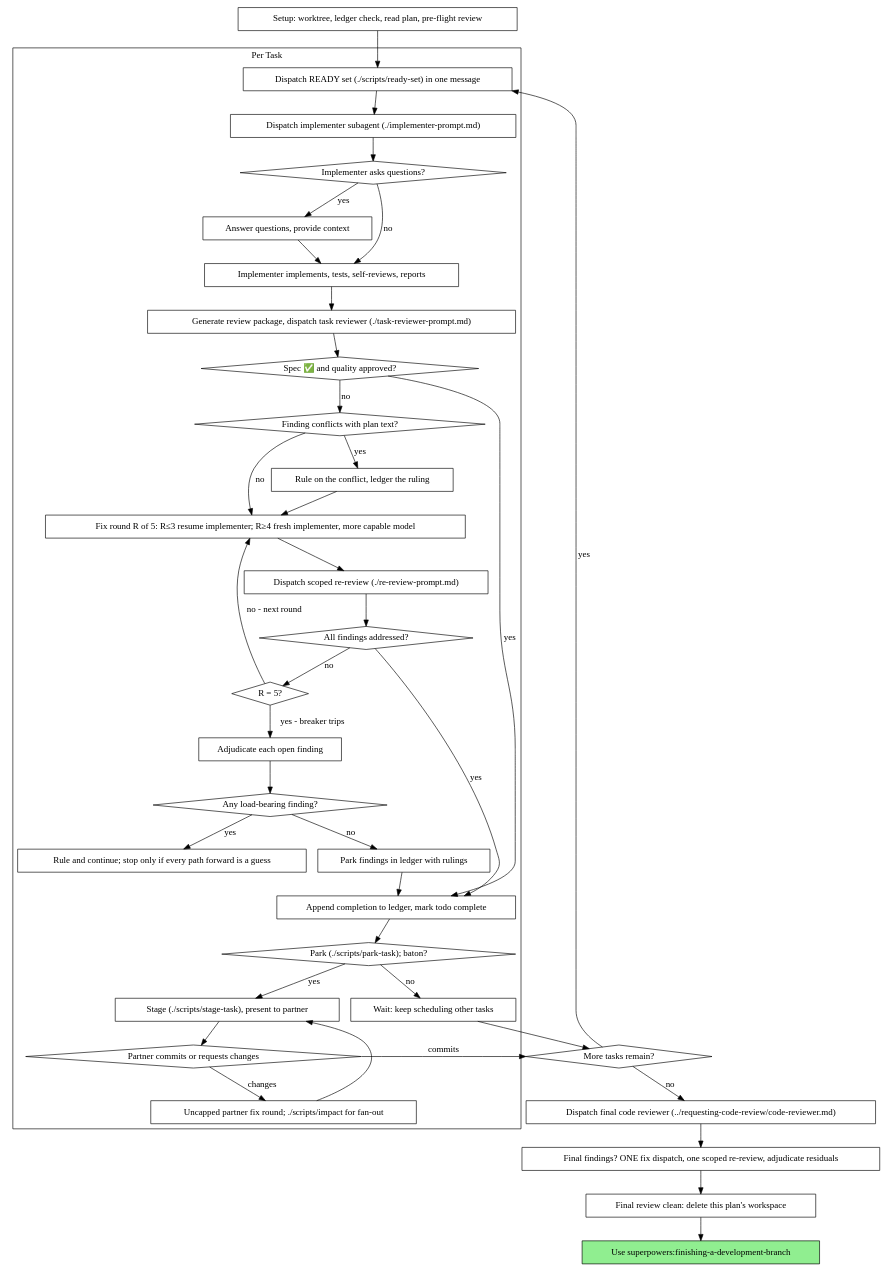
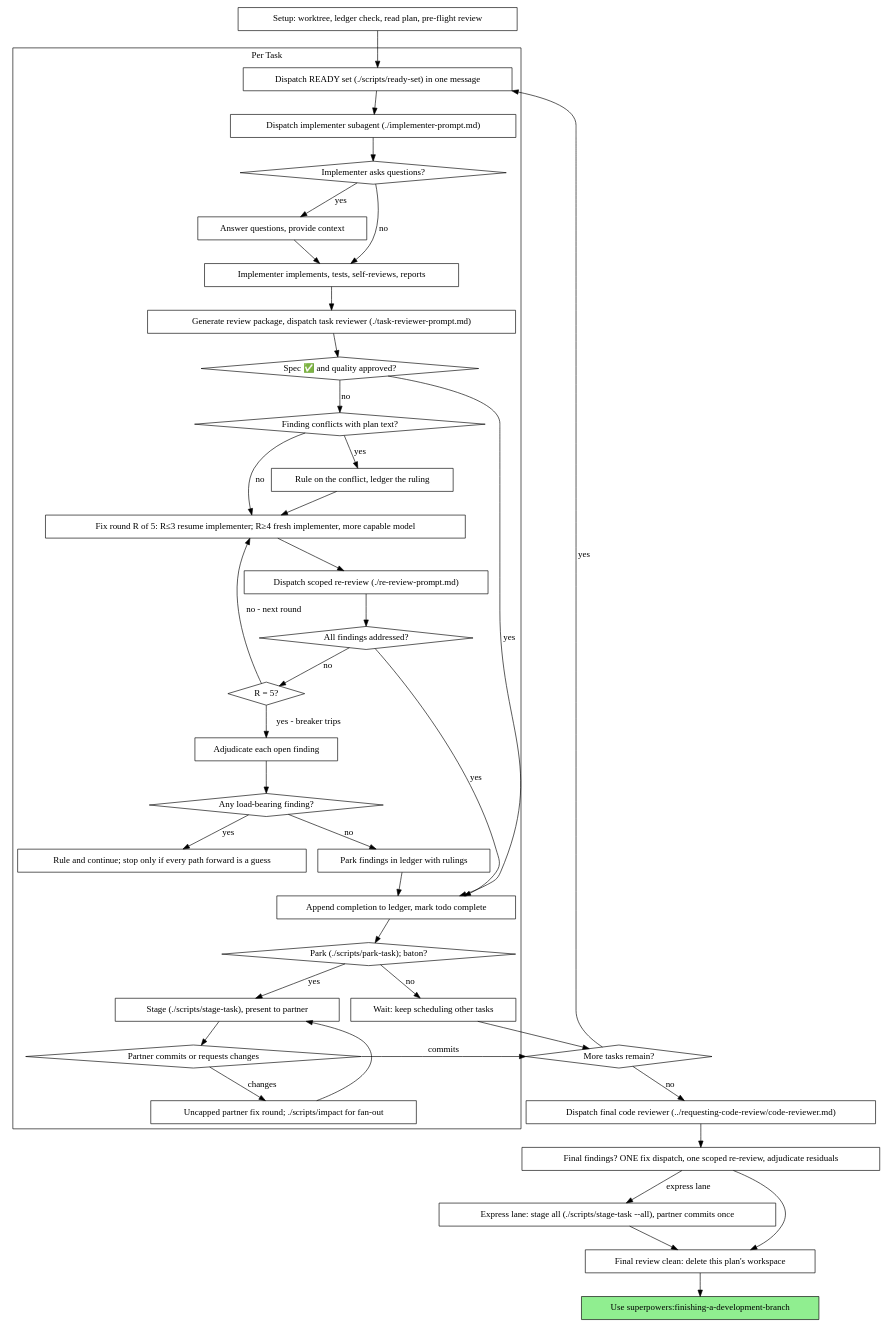
Before and after one commit to Petar-CV/playbook: the second of 2 diagrams in skills/subagent-driven-development/SKILL.md, drawn with Graphviz. The commit also changed other lines of this file and 6 other files, not shown here.

Commit message:
Express lane functionality

````diff
--- a/skills/subagent-driven-development/SKILL.md
+++ b/skills/subagent-driven-development/SKILL.md
@@ -64,76 +66,79 @@
 ```dot
 digraph process {
     rankdir=TB;
 
     subgraph cluster_per_task {
         label="Per Task";
         "Dispatch implementer subagent (./implementer-prompt.md)" [shape=box];
         "Implementer asks questions?" [shape=diamond];
         "Answer questions, provide context" [shape=box];
         "Implementer implements, tests, self-reviews, reports" [shape=box];
         "Generate review package, dispatch task reviewer (./task-reviewer-prompt.md)" [shape=box];
         "Spec ✅ and quality approved?" [shape=diamond];
         "Finding conflicts with plan text?" [shape=diamond];
         "Rule on the conflict, ledger the ruling" [shape=box];
         "Fix round R of 5: R≤3 resume implementer; R≥4 fresh implementer, more capable model" [shape=box];
         "Dispatch scoped re-review (./re-review-prompt.md)" [shape=box];
         "All findings addressed?" [shape=diamond];
         "R = 5?" [shape=diamond];
         "Adjudicate each open finding" [shape=box];
         "Any load-bearing finding?" [shape=diamond];
         "Rule and continue; stop only if every path forward is a guess" [shape=box];
         "Park findings in ledger with rulings" [shape=box];
         "Append completion to ledger, mark todo complete" [shape=box];
         "Dispatch READY set (./scripts/ready-set) in one message" [shape=box];
         "Park (./scripts/park-task); baton?" [shape=diamond];
         "Wait: keep scheduling other tasks" [shape=box];
         "Stage (./scripts/stage-task), present to partner" [shape=box];
         "Partner commits or requests changes" [shape=diamond];
         "Uncapped partner fix round; ./scripts/impact for fan-out" [shape=box];
     }
 
     "Setup: worktree, ledger check, read plan, pre-flight review" [shape=box];
     "More tasks remain?" [shape=diamond];
     "Dispatch final code reviewer (../requesting-code-review/code-reviewer.md)" [shape=box];
     "Final findings? ONE fix dispatch, one scoped re-review, adjudicate residuals" [shape=box];
+    "Express lane: stage all (./scripts/stage-task --all), partner commits once" [shape=box];
     "Final review clean: delete this plan's workspace" [shape=box];
     "Use superpowers:finishing-a-development-branch" [shape=box style=filled fillcolor=lightgreen];
 
     "Setup: worktree, ledger check, read plan, pre-flight review" -> "Dispatch READY set (./scripts/ready-set) in one message";
     "Dispatch READY set (./scripts/ready-set) in one message" -> "Dispatch implementer subagent (./implementer-prompt.md)";
     "Dispatch implementer subagent (./implementer-prompt.md)" -> "Implementer asks questions?";
     "Implementer asks questions?" -> "Answer questions, provide context" [label="yes"];
     "Answer questions, provide context" -> "Implementer implements, tests, self-reviews, reports";
     "Implementer asks questions?" -> "Implementer implements, tests, self-reviews, reports" [label="no"];
     "Implementer implements, tests, self-reviews, reports" -> "Generate review package, dispatch task reviewer (./task-reviewer-prompt.md)";
     "Generate review package, dispatch task reviewer (./task-reviewer-prompt.md)" -> "Spec ✅ and quality approved?";
     "Spec ✅ and quality approved?" -> "Append completion to ledger, mark todo complete" [label="yes"];
     "Spec ✅ and quality approved?" -> "Finding conflicts with plan text?" [label="no"];
     "Finding conflicts with plan text?" -> "Rule on the conflict, ledger the ruling" [label="yes"];
     "Rule on the conflict, ledger the ruling" -> "Fix round R of 5: R≤3 resume implementer; R≥4 fresh implementer, more capable model";
     "Finding conflicts with plan text?" -> "Fix round R of 5: R≤3 resume implementer; R≥4 fresh implementer, more capable model" [label="no"];
     "Fix round R of 5: R≤3 resume implementer; R≥4 fresh implementer, more capable model" -> "Dispatch scoped re-review (./re-review-prompt.md)";
     "Dispatch scoped re-review (./re-review-prompt.md)" -> "All findings addressed?";
     "All findings addressed?" -> "Append completion to ledger, mark todo complete" [label="yes"];
     "All findings addressed?" -> "R = 5?" [label="no"];
     "R = 5?" -> "Fix round R of 5: R≤3 resume implementer; R≥4 fresh implementer, more capable model" [label="no - next round"];
     "R = 5?" -> "Adjudicate each open finding" [label="yes - breaker trips"];
     "Adjudicate each open finding" -> "Any load-bearing finding?";
     "Any load-bearing finding?" -> "Rule and continue; stop only if every path forward is a guess" [label="yes"];
     "Any load-bearing finding?" -> "Park findings in ledger with rulings" [label="no"];
     "Park findings in ledger with rulings" -> "Append completion to ledger, mark todo complete";
     "Append completion to ledger, mark todo complete" -> "Park (./scripts/park-task); baton?";
     "Park (./scripts/park-task); baton?" -> "Wait: keep scheduling other tasks" [label="no"];
     "Park (./scripts/park-task); baton?" -> "Stage (./scripts/stage-task), present to partner" [label="yes"];
     "Stage (./scripts/stage-task), present to partner" -> "Partner commits or requests changes";
     "Partner commits or requests changes" -> "Uncapped partner fix round; ./scripts/impact for fan-out" [label="changes"];
     "Uncapped partner fix round; ./scripts/impact for fan-out" -> "Stage (./scripts/stage-task), present to partner";
     "Partner commits or requests changes" -> "More tasks remain?" [label="commits"];
     "Wait: keep scheduling other tasks" -> "More tasks remain?";
     "More tasks remain?" -> "Dispatch READY set (./scripts/ready-set) in one message" [label="yes"];
     "More tasks remain?" -> "Dispatch final code reviewer (../requesting-code-review/code-reviewer.md)" [label="no"];
     "Dispatch final code reviewer (../requesting-code-review/code-reviewer.md)" -> "Final findings? ONE fix dispatch, one scoped re-review, adjudicate residuals";
+    "Final findings? ONE fix dispatch, one scoped re-review, adjudicate residuals" -> "Express lane: stage all (./scripts/stage-task --all), partner commits once" [label="express lane"];
+    "Express lane: stage all (./scripts/stage-task --all), partner commits once" -> "Final review clean: delete this plan's workspace";
     "Final findings? ONE fix dispatch, one scoped re-review, adjudicate residuals" -> "Final review clean: delete this plan's workspace";
     "Final review clean: delete this plan's workspace" -> "Use superpowers:finishing-a-development-branch";
 }
 ```
````
